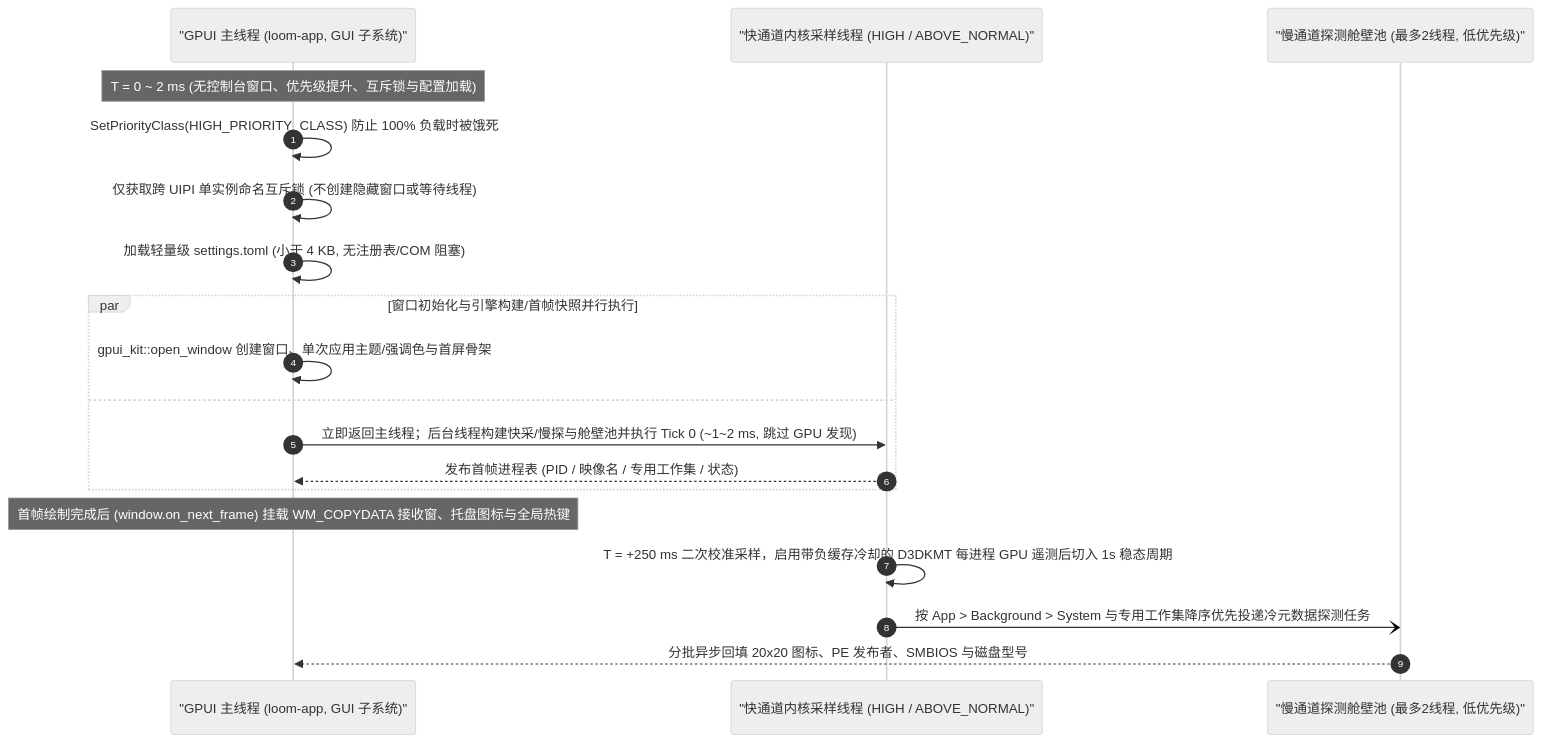
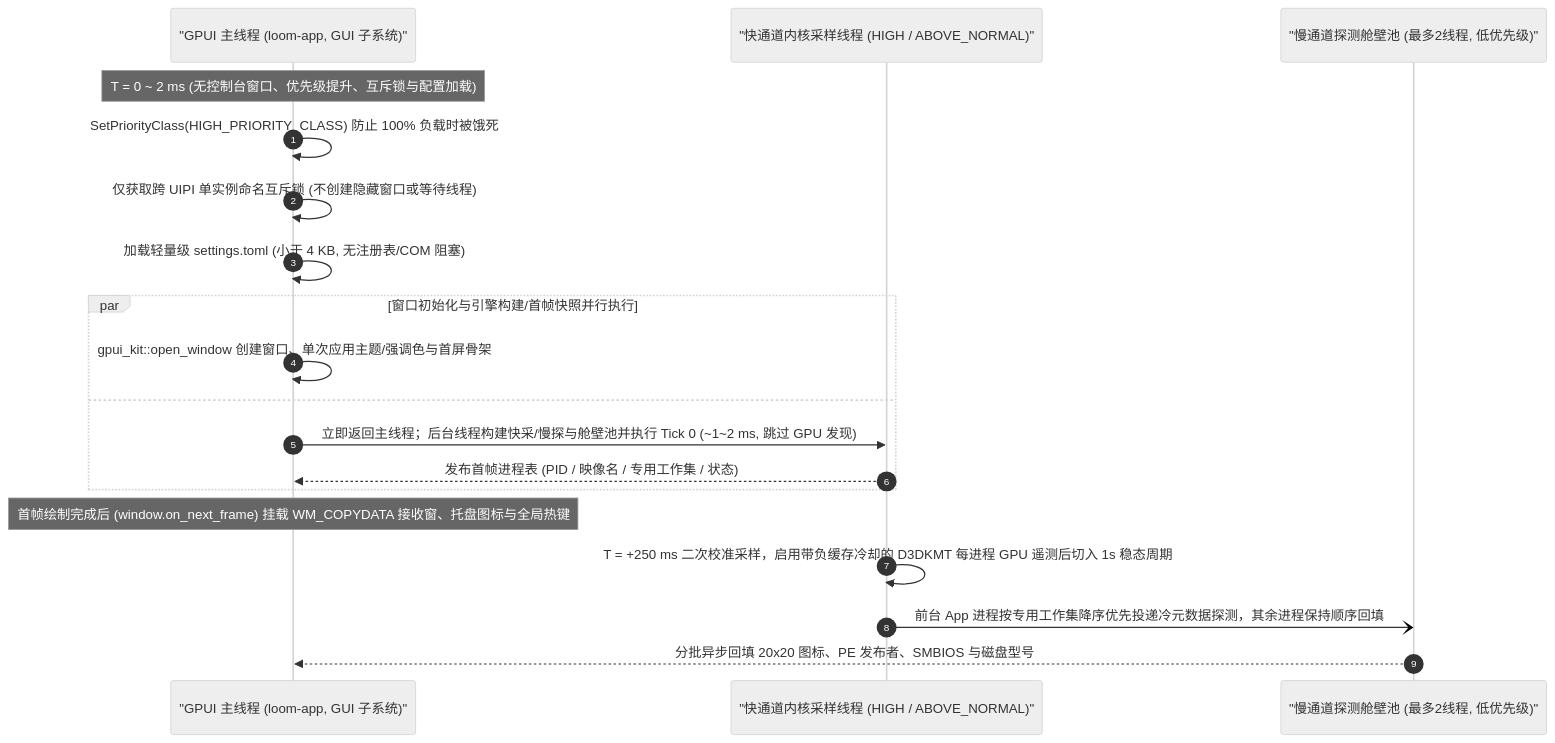
One commit to wangdiandao/Loom changed the first of 3 diagrams in docs/architecture.zh.md. Above: the diagram before and after it, drawn with Mermaid (neutral theme). The commit also changed 4 other files, not shown here.

````diff
--- a/docs/architecture.zh.md
+++ b/docs/architecture.zh.md
@@ -38,22 +38,22 @@
 ```mermaid
 sequenceDiagram
     autonumber
     participant Main as "GPUI 主线程 (loom-app, GUI 子系统)"
     participant Fast as "快通道内核采样线程 (HIGH / ABOVE_NORMAL)"
     participant Slow as "慢通道探测舱壁池 (最多2线程, 低优先级)"
 
     Note over Main: T = 0 ~ 2 ms (无控制台窗口、优先级提升、互斥锁与配置加载)
     Main->>Main: SetPriorityClass(HIGH_PRIORITY_CLASS) 防止 100% 负载时被饿死
     Main->>Main: 仅获取跨 UIPI 单实例命名互斥锁 (不创建隐藏窗口或等待线程)
     Main->>Main: 加载轻量级 settings.toml (小于 4 KB, 无注册表/COM 阻塞)
     par 窗口初始化与引擎构建/首帧快照并行执行
         Main->>Main: gpui_kit::open_window 创建窗口、单次应用主题/强调色与首屏骨架
     and
         Main->>Fast: 立即返回主线程；后台线程构建快采/慢探与舱壁池并执行 Tick 0 (~1~2 ms, 跳过 GPU 发现)
         Fast-->>Main: 发布首帧进程表 (PID / 映像名 / 专用工作集 / 状态)
     end
     Note over Main: 首帧绘制完成后 (window.on_next_frame) 挂载 WM_COPYDATA 接收窗、托盘图标与全局热键
     Fast->>Fast: T = +250 ms 二次校准采样，启用带负缓存冷却的 D3DKMT 每进程 GPU 遥测后切入 1s 稳态周期
-    Fast-)Slow: 按 App > Background > System 与专用工作集降序优先投递冷元数据探测任务
+    Fast-)Slow: 前台 App 进程按专用工作集降序优先投递冷元数据探测，其余进程保持顺序回填
     Slow-->>Main: 分批异步回填 20x20 图标、PE 发布者、SMBIOS 与磁盘型号
 ```
````
